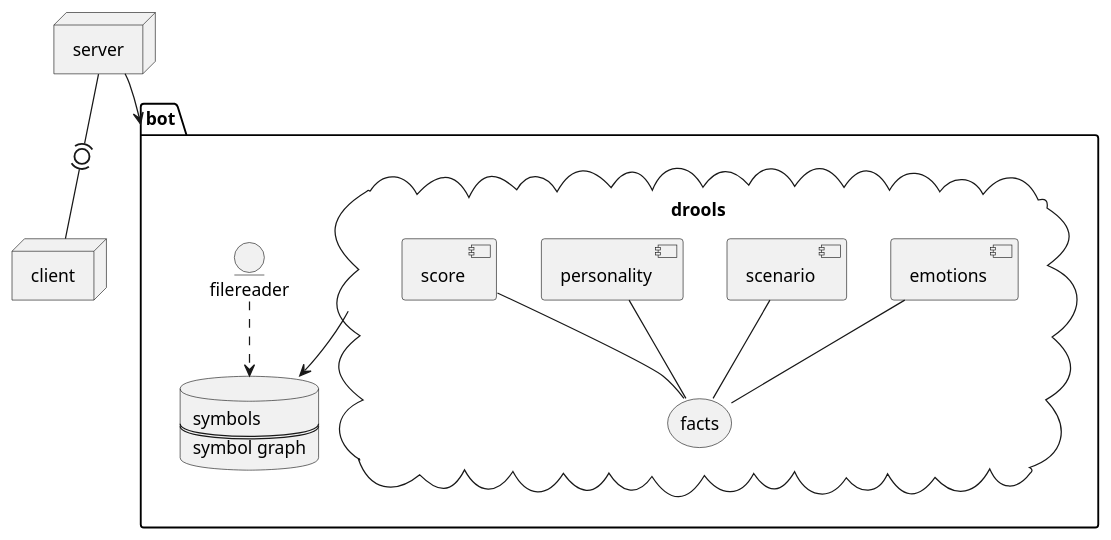
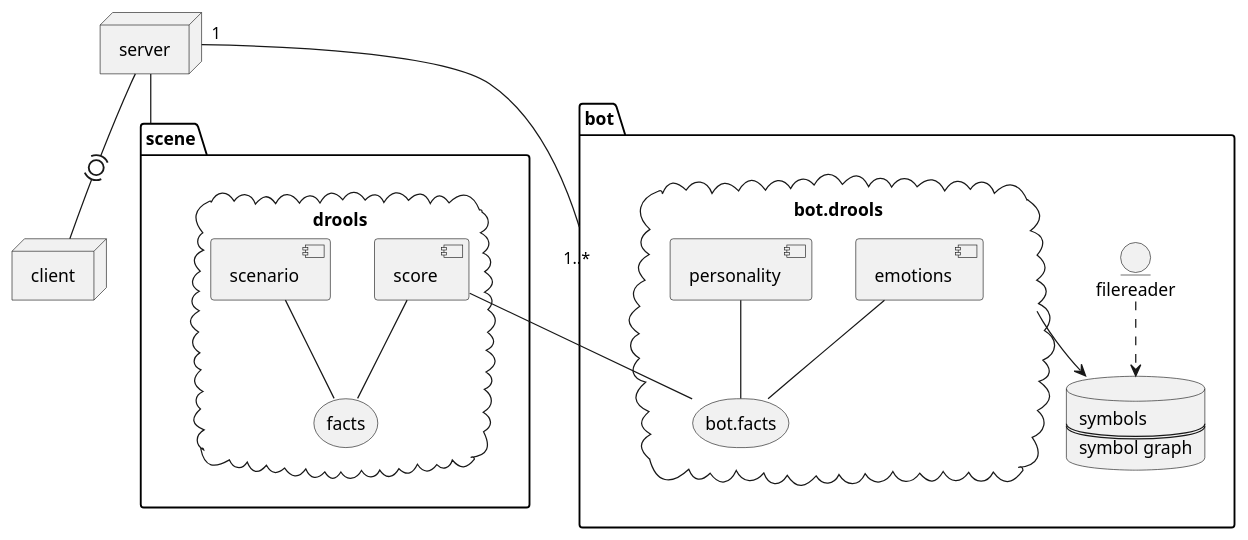
The ninth of 10 diagrams in thesis/thesis.org (jappeace/methods-homework), drawn with PlantUML before and after one commit. The commit also changed other lines of this file, not shown here.

```diff
--- a/thesis/thesis.org
+++ b/thesis/thesis.org
@@ -2099,29 +2106,37 @@
 #+BEGIN_SRC plantuml :cache yes :file img/uml/architecture-concept.png :exports results
 
+  folder scene{
+    cloud drools {
+      component score
+      component scenario
+      storage facts
+      scenario -- facts
+      score -- facts
+    }
+  }
+
   folder bot{
-  cloud drools {
+  cloud bot.drools {
     component emotions
-    component scenario
     component personality
-    component score
-    storage facts
-    emotions -- facts
-    scenario -- facts
-    personality -- facts
-    score -- facts
+    storage bot.facts
+    emotions -- bot.facts
+    personality -- bot.facts
+    score -- bot.facts
   }
   database meanings [
     symbols
     ====
     symbol graph
   ]
   entity filereader
   filereader ..> meanings
-  drools --> meanings
+  bot.drools --> meanings
   }
   node server
   node client
 
-  server --> bot
-  server -(0)- client
+  server "1"-- "1..*" bot
+  server  -- scene
+  server  -(0)- client
 #+END_SRC
```
